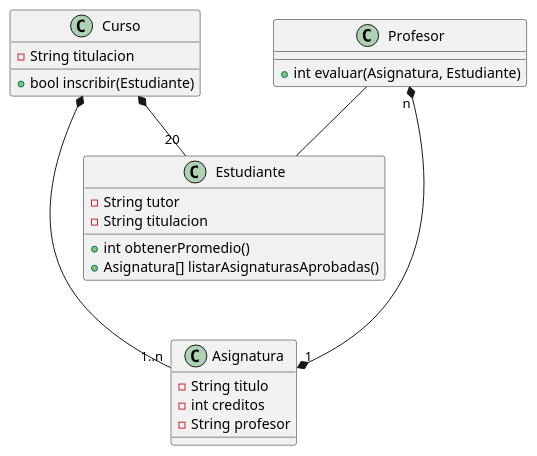
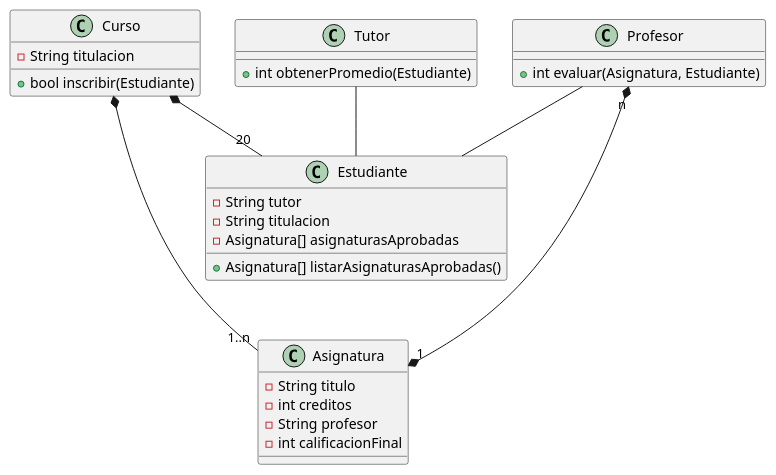
The first of 3 diagrams in students/uml/courses.md (Molter73/oop-uni), drawn with PlantUML before and after one commit. The commit also changed 2 other files, not shown here.

Commit message:
Minor tweaks to students exercise

```diff
--- a/students/uml/courses.md
+++ b/students/uml/courses.md
@@ -1,30 +1,36 @@
 @startuml
 
 class Asignatura {
     -String titulo
     -int creditos
     -String profesor
+    -int calificacionFinal
 }
 
 class Curso {
     -String titulacion
     +bool inscribir(Estudiante)
 }
 
 class Estudiante {
     -String tutor
     -String titulacion
-    +int obtenerPromedio()
+    -Asignatura[] asignaturasAprobadas
     +Asignatura[] listarAsignaturasAprobadas()
 }
 
 class Profesor {
     +int evaluar(Asignatura, Estudiante)
 }
 
+class Tutor {
+    +int obtenerPromedio(Estudiante)
+}
+
 Curso *--- "1..n" Asignatura
 Curso *-- "20" Estudiante
 Profesor "n" *--* "1" Asignatura
 Profesor -- Estudiante
+Tutor -- Estudiante
 
 @enduml
```
